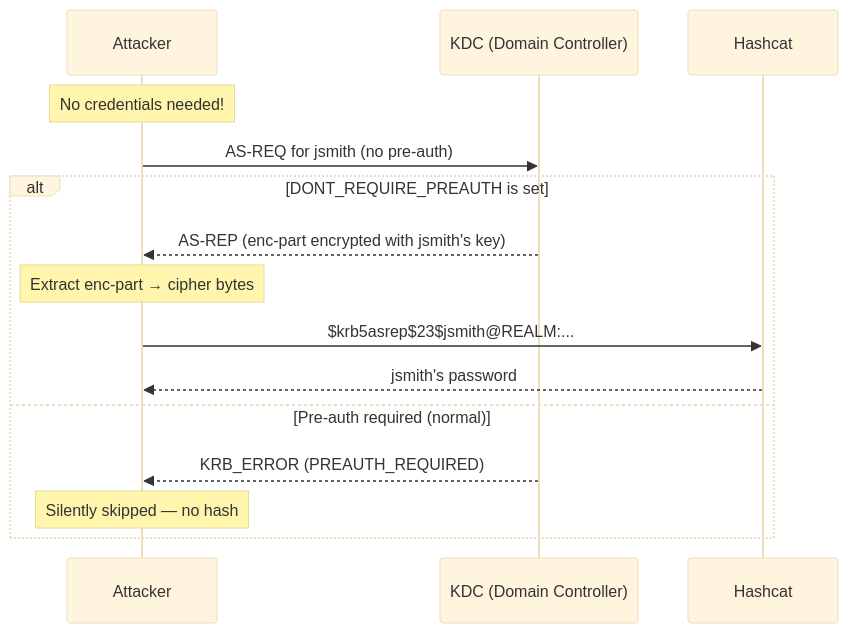
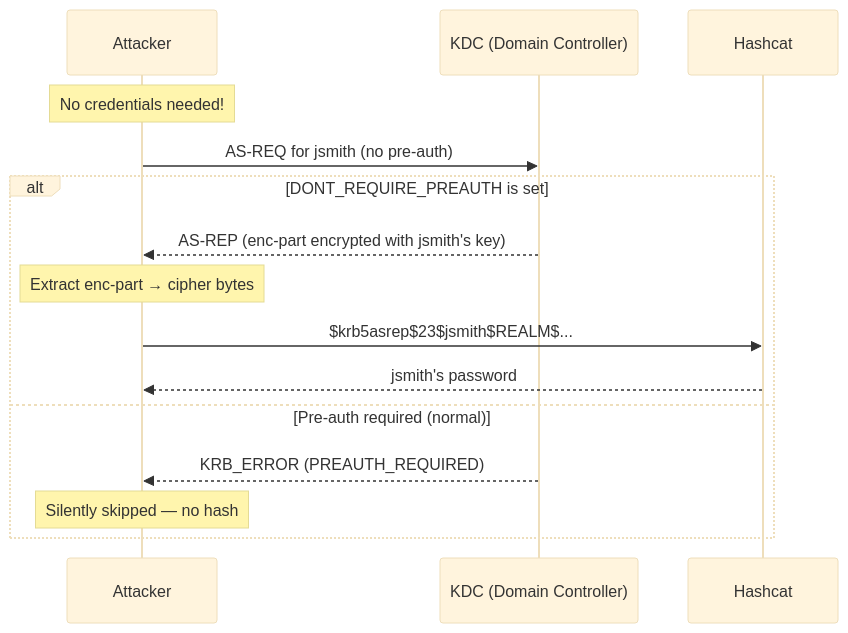
One commit to StrongWind1/KerbWolf changed the second of 4 diagrams in docs/guide/attacks.md. Above: the diagram before and after it, drawn with Mermaid (base theme). The commit also changed other lines of this file and 7 other files, not shown here.

````diff
--- a/docs/guide/attacks.md
+++ b/docs/guide/attacks.md
@@ -49,19 +49,19 @@
 ```mermaid
 sequenceDiagram
     participant Attacker
     participant KDC as KDC (Domain Controller)
     participant Hashcat
 
     Note over Attacker: No credentials needed!
     Attacker->>KDC: AS-REQ for jsmith (no pre-auth)
 
     alt DONT_REQUIRE_PREAUTH is set
         KDC-->>Attacker: AS-REP (enc-part encrypted with jsmith's key)
         Note over Attacker: Extract enc-part → cipher bytes
-        Attacker->>Hashcat: $krb5asrep$23$jsmith@REALM:...
+        Attacker->>Hashcat: $krb5asrep$23$jsmith$REALM$...
         Hashcat-->>Attacker: jsmith's password
     else Pre-auth required (normal)
         KDC-->>Attacker: KRB_ERROR (PREAUTH_REQUIRED)
         Note over Attacker: Silently skipped — no hash
     end
 ```
````
